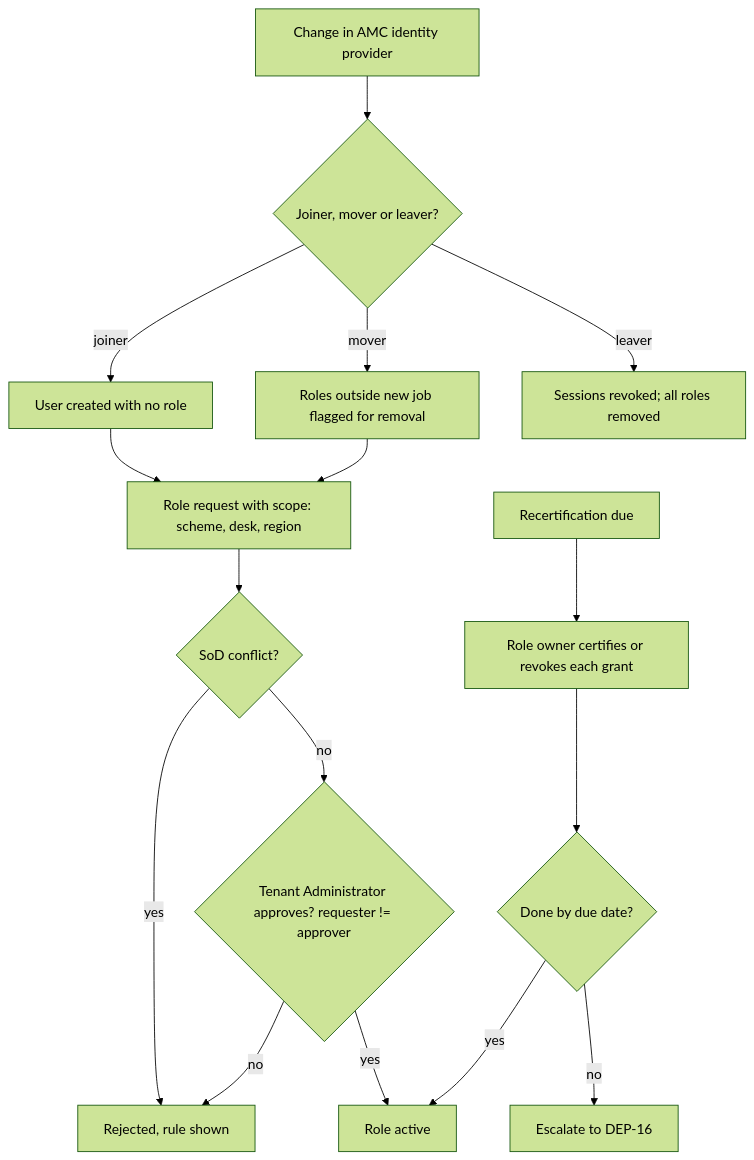
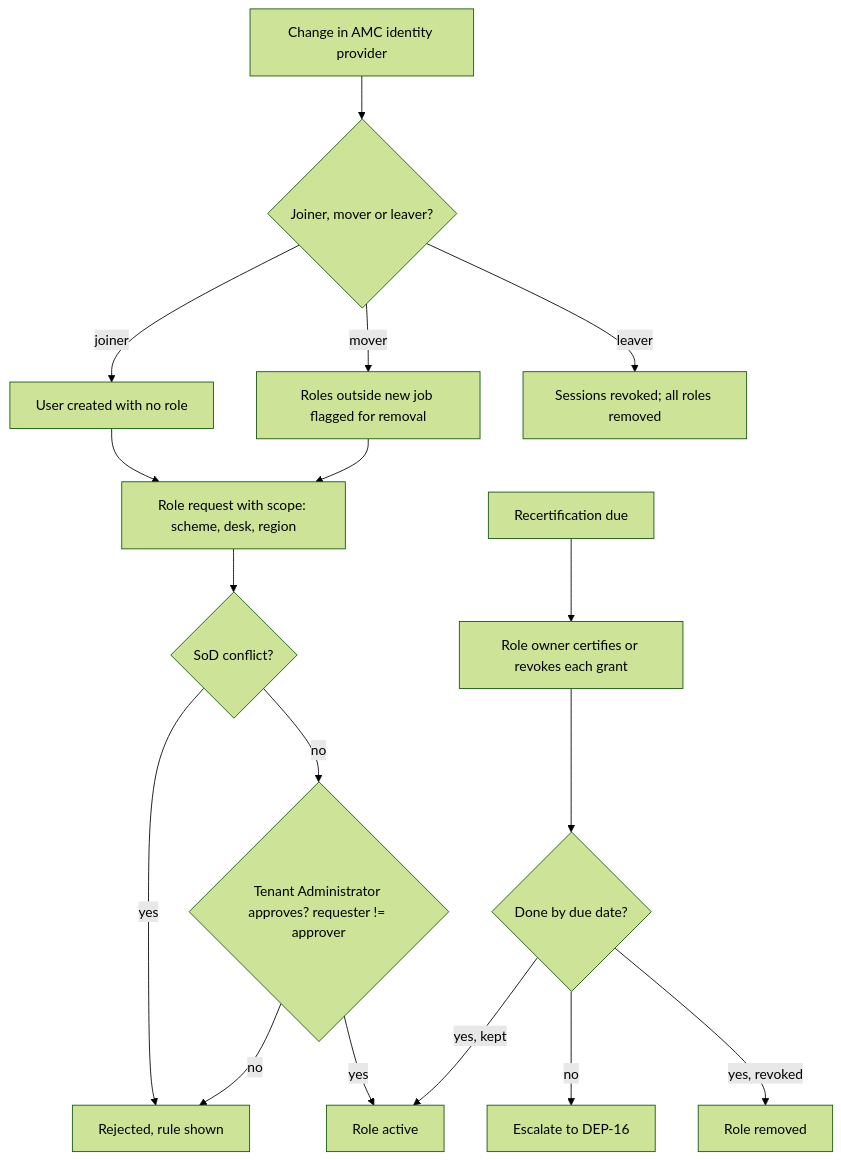
One commit to suchitdubey7/AMC-OS changed diagram 21 of 29 in docs/02_business_architecture/BA-004_end_to_end_workflows.md. Above: the diagram before and after it, drawn with Mermaid (forest theme). The commit also changed other lines of this file and 3 other files, not shown here.

````diff
--- a/docs/02_business_architecture/BA-004_end_to_end_workflows.md
+++ b/docs/02_business_architecture/BA-004_end_to_end_workflows.md
@@ -744,18 +745,19 @@
 ```mermaid
 flowchart TD
   A[Change in AMC identity provider] --> B{Joiner, mover or leaver?}
   B -- joiner --> C[User created with no role]
   B -- mover --> D[Roles outside new job flagged for removal]
   B -- leaver --> L[Sessions revoked; all roles removed]
   C --> E[Role request with scope: scheme, desk, region]
   D --> E
   E --> F{SoD conflict?}
   F -- yes --> G[Rejected, rule shown]
   F -- no --> H{Tenant Administrator approves? requester != approver}
   H -- no --> G
   H -- yes --> I[Role active]
   R[Recertification due] --> S[Role owner certifies or revokes each grant]
   S --> T{Done by due date?}
   T -- no --> U[Escalate to DEP-16]
-  T -- yes --> I
+  T -- yes, kept --> I
+  T -- yes, revoked --> V[Role removed]
 ```
````
